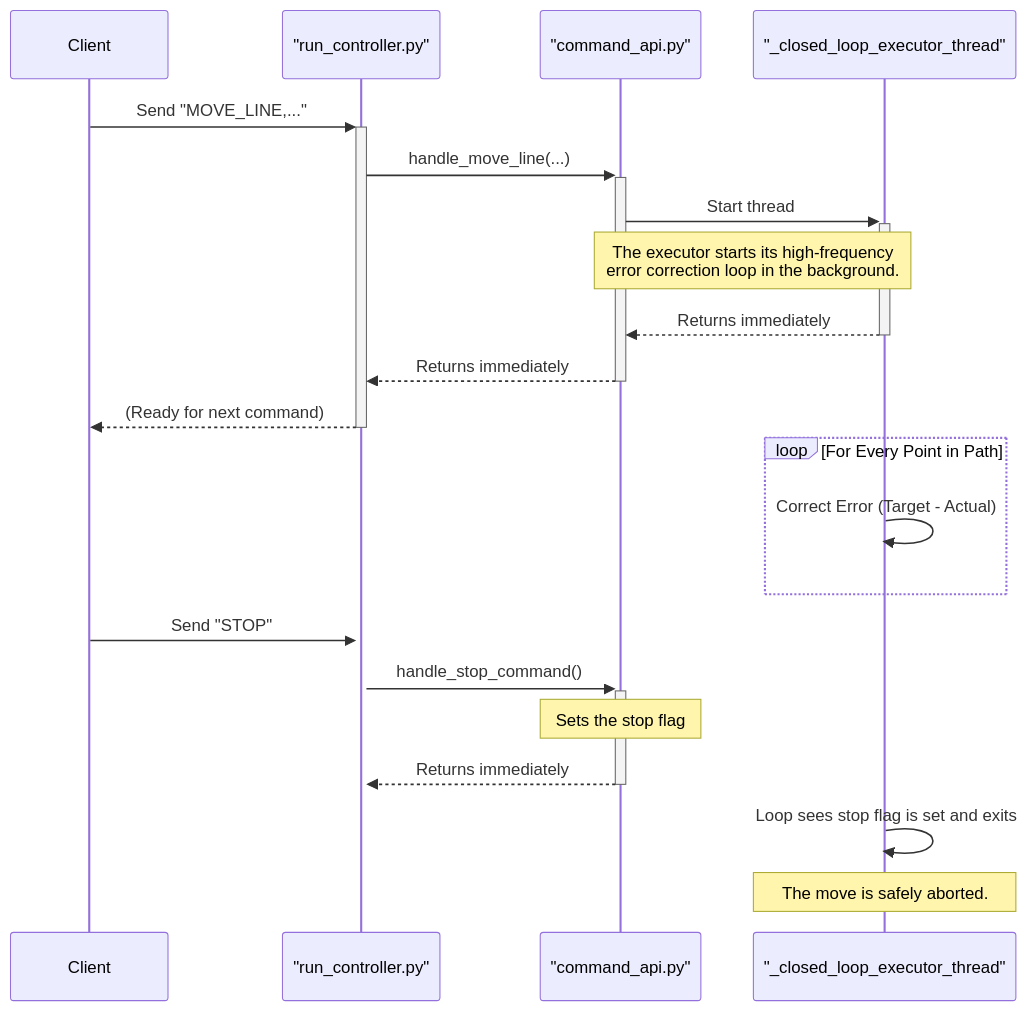
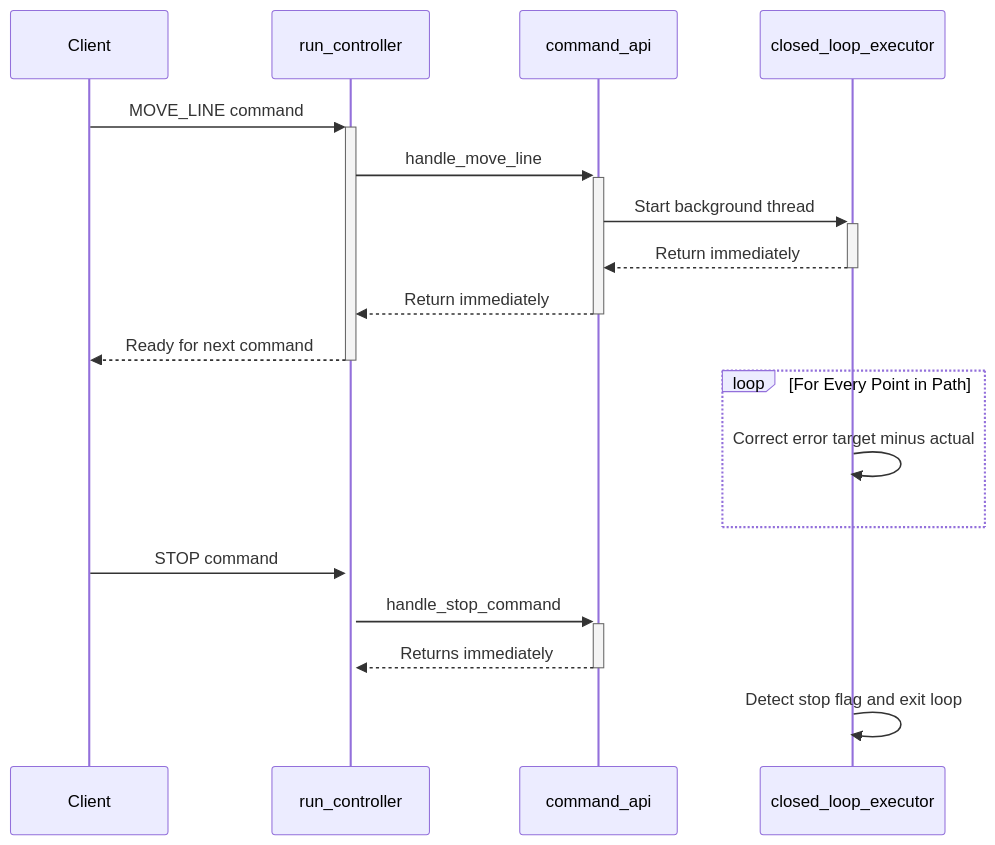
The third of 3 diagrams in docs/README.md (kortexa-ai/GradientOS), drawn with Mermaid before and after one commit. The commit also changed other lines of this file and 2 other files, not shown here.

````diff
--- a/docs/README.md
+++ b/docs/README.md
@@ -443,27 +378,24 @@
 ```mermaid
 sequenceDiagram
     participant Client
-    participant MainLoop as "run_controller.py"
-    participant CommandAPI as "command_api.py"
-    participant ExecutorThread as "_closed_loop_executor_thread"
+    participant MainLoop as run_controller
+    participant CommandAPI as command_api
+    participant ExecutorThread as closed_loop_executor
 
-    Client->>+MainLoop: Send "MOVE_LINE,..."
-    MainLoop->>+CommandAPI: handle_move_line(...)
-    CommandAPI->>+ExecutorThread: Start thread
-    Note over CommandAPI, ExecutorThread: The executor starts its high-frequency<br/>error correction loop in the background.
-    ExecutorThread-->>-CommandAPI: Returns immediately
-    CommandAPI-->>-MainLoop: Returns immediately
-    MainLoop-->>-Client: (Ready for next command)
-    
+    Client->>+MainLoop: MOVE_LINE command
+    MainLoop->>+CommandAPI: handle_move_line
+    CommandAPI->>+ExecutorThread: Start background thread
+    ExecutorThread-->>-CommandAPI: Return immediately
+    CommandAPI-->>-MainLoop: Return immediately
+    MainLoop-->>-Client: Ready for next command
+
     loop For Every Point in Path
-        ExecutorThread->>ExecutorThread: Correct Error (Target - Actual)
+        ExecutorThread->>ExecutorThread: Correct error target minus actual
     end
 
-    Client->>+MainLoop: Send "STOP"
-    MainLoop->>+CommandAPI: handle_stop_command()
-    Note over CommandAPI: Sets the stop flag
+    Client->>+MainLoop: STOP command
+    MainLoop->>+CommandAPI: handle_stop_command
     CommandAPI-->>-MainLoop: Returns immediately
-    
-    ExecutorThread->>ExecutorThread: Loop sees stop flag is set and exits
-    Note over ExecutorThread: The move is safely aborted.
+
+    ExecutorThread->>ExecutorThread: Detect stop flag and exit loop
 ```
````
